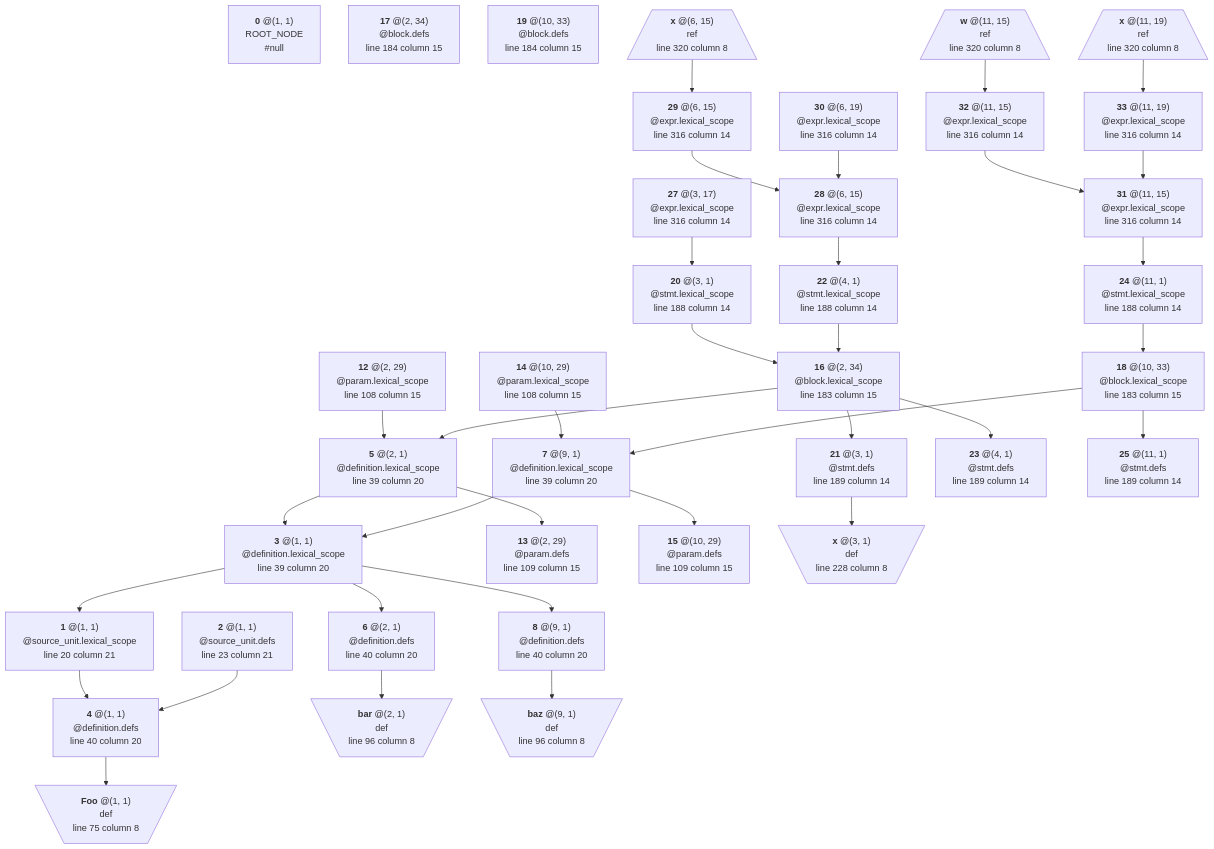
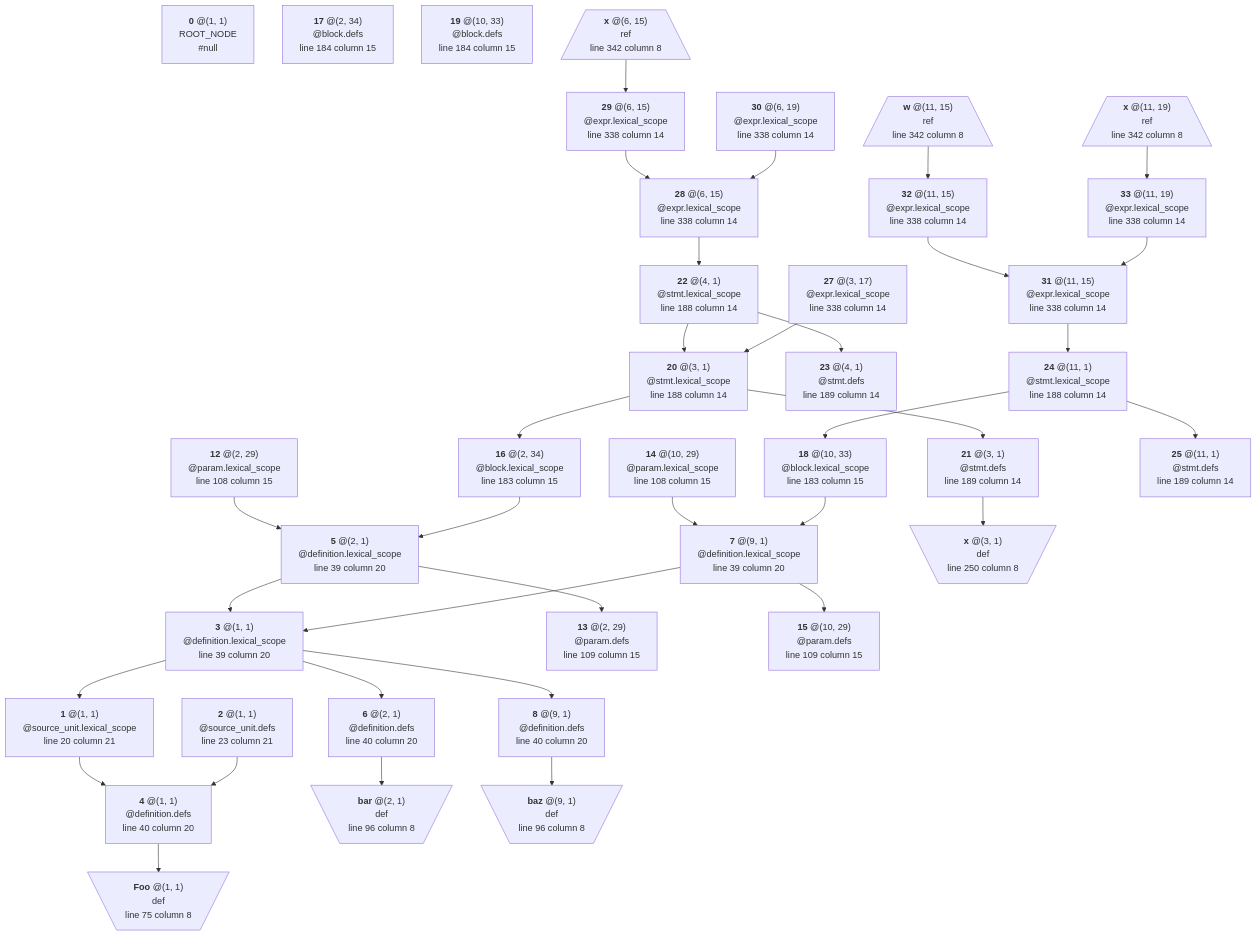
Before and after one commit to manastech/slang: the diagram in crates/solidity/testing/snapshots/bindings_output/lexical/generated/local_vars.sol.mmd, drawn with Mermaid. The commit also changed 7 other files, not shown here.

```diff
--- a/crates/solidity/testing/snapshots/bindings_output/lexical/generated/local_vars.sol.mmd
+++ b/crates/solidity/testing/snapshots/bindings_output/lexical/generated/local_vars.sol.mmd
@@ -1,145 +1,145 @@
 graph TD
 	N0["`**0** @(1, 1)
 ROOT_NODE
 #null`"]
 	N1["`**1** @(1, 1)
 @source_unit.lexical_scope
 line 20 column 21`"]
 	N1 --> N4
 	N2["`**2** @(1, 1)
 @source_unit.defs
 line 23 column 21`"]
 	N2 --> N4
 	N3["`**3** @(1, 1)
 @definition.lexical_scope
 line 39 column 20`"]
 	N3 --> N1
 	N3 --> N6
 	N3 --> N8
 	N4["`**4** @(1, 1)
 @definition.defs
 line 40 column 20`"]
 	N4 --> N9
 	N5["`**5** @(2, 1)
 @definition.lexical_scope
 line 39 column 20`"]
 	N5 --> N3
 	N5 --> N13
 	N6["`**6** @(2, 1)
 @definition.defs
 line 40 column 20`"]
 	N6 --> N10
 	N7["`**7** @(9, 1)
 @definition.lexical_scope
 line 39 column 20`"]
 	N7 --> N3
 	N7 --> N15
 	N8["`**8** @(9, 1)
 @definition.defs
 line 40 column 20`"]
 	N8 --> N11
 	N9[\"`**Foo** @(1, 1)
 def
 line 75 column 8`"/]
 	N10[\"`**bar** @(2, 1)
 def
 line 96 column 8`"/]
 	N11[\"`**baz** @(9, 1)
 def
 line 96 column 8`"/]
 	N12["`**12** @(2, 29)
 @param.lexical_scope
 line 108 column 15`"]
 	N12 --> N5
 	N13["`**13** @(2, 29)
 @param.defs
 line 109 column 15`"]
 	N14["`**14** @(10, 29)
 @param.lexical_scope
 line 108 column 15`"]
 	N14 --> N7
 	N15["`**15** @(10, 29)
 @param.defs
 line 109 column 15`"]
 	N16["`**16** @(2, 34)
 @block.lexical_scope
 line 183 column 15`"]
 	N16 --> N5
-	N16 --> N21
-	N16 --> N23
 	N17["`**17** @(2, 34)
 @block.defs
 line 184 column 15`"]
 	N18["`**18** @(10, 33)
 @block.lexical_scope
 line 183 column 15`"]
 	N18 --> N7
-	N18 --> N25
 	N19["`**19** @(10, 33)
 @block.defs
 line 184 column 15`"]
 	N20["`**20** @(3, 1)
 @stmt.lexical_scope
 line 188 column 14`"]
 	N20 --> N16
+	N20 --> N21
 	N21["`**21** @(3, 1)
 @stmt.defs
 line 189 column 14`"]
 	N21 --> N26
 	N22["`**22** @(4, 1)
 @stmt.lexical_scope
 line 188 column 14`"]
-	N22 --> N16
+	N22 --> N20
+	N22 --> N23
 	N23["`**23** @(4, 1)
 @stmt.defs
 line 189 column 14`"]
 	N24["`**24** @(11, 1)
 @stmt.lexical_scope
 line 188 column 14`"]
 	N24 --> N18
+	N24 --> N25
 	N25["`**25** @(11, 1)
 @stmt.defs
 line 189 column 14`"]
 	N26[\"`**x** @(3, 1)
 def
-line 228 column 8`"/]
+line 250 column 8`"/]
 	N27["`**27** @(3, 17)
 @expr.lexical_scope
-line 316 column 14`"]
+line 338 column 14`"]
 	N27 --> N20
 	N28["`**28** @(6, 15)
 @expr.lexical_scope
-line 316 column 14`"]
+line 338 column 14`"]
 	N28 --> N22
 	N29["`**29** @(6, 15)
 @expr.lexical_scope
-line 316 column 14`"]
+line 338 column 14`"]
 	N29 --> N28
 	N30["`**30** @(6, 19)
 @expr.lexical_scope
-line 316 column 14`"]
+line 338 column 14`"]
 	N30 --> N28
 	N31["`**31** @(11, 15)
 @expr.lexical_scope
-line 316 column 14`"]
+line 338 column 14`"]
 	N31 --> N24
 	N32["`**32** @(11, 15)
 @expr.lexical_scope
-line 316 column 14`"]
+line 338 column 14`"]
 	N32 --> N31
 	N33["`**33** @(11, 19)
 @expr.lexical_scope
-line 316 column 14`"]
+line 338 column 14`"]
 	N33 --> N31
 	N34[/"`**x** @(6, 15)
 ref
-line 320 column 8`"\]
+line 342 column 8`"\]
 	N34 --> N29
 	N35[/"`**w** @(11, 15)
 ref
-line 320 column 8`"\]
+line 342 column 8`"\]
 	N35 --> N32
 	N36[/"`**x** @(11, 19)
 ref
-line 320 column 8`"\]
+line 342 column 8`"\]
 	N36 --> N33
```
